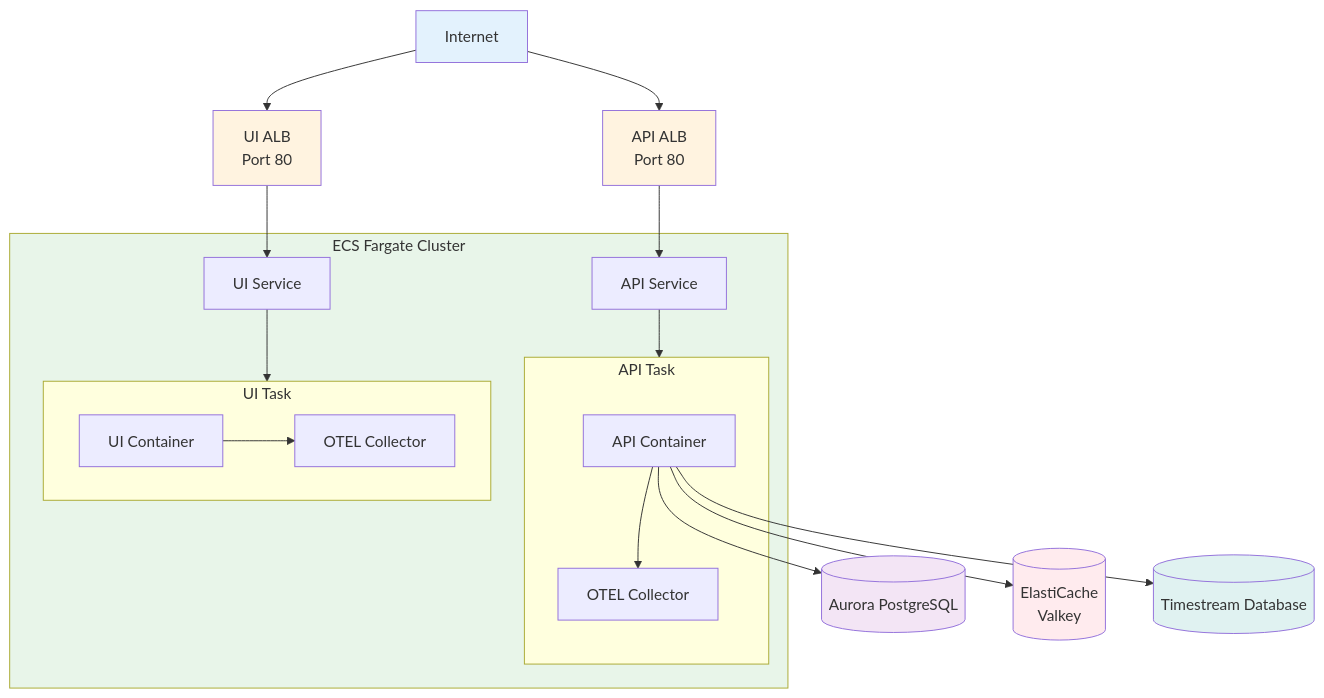
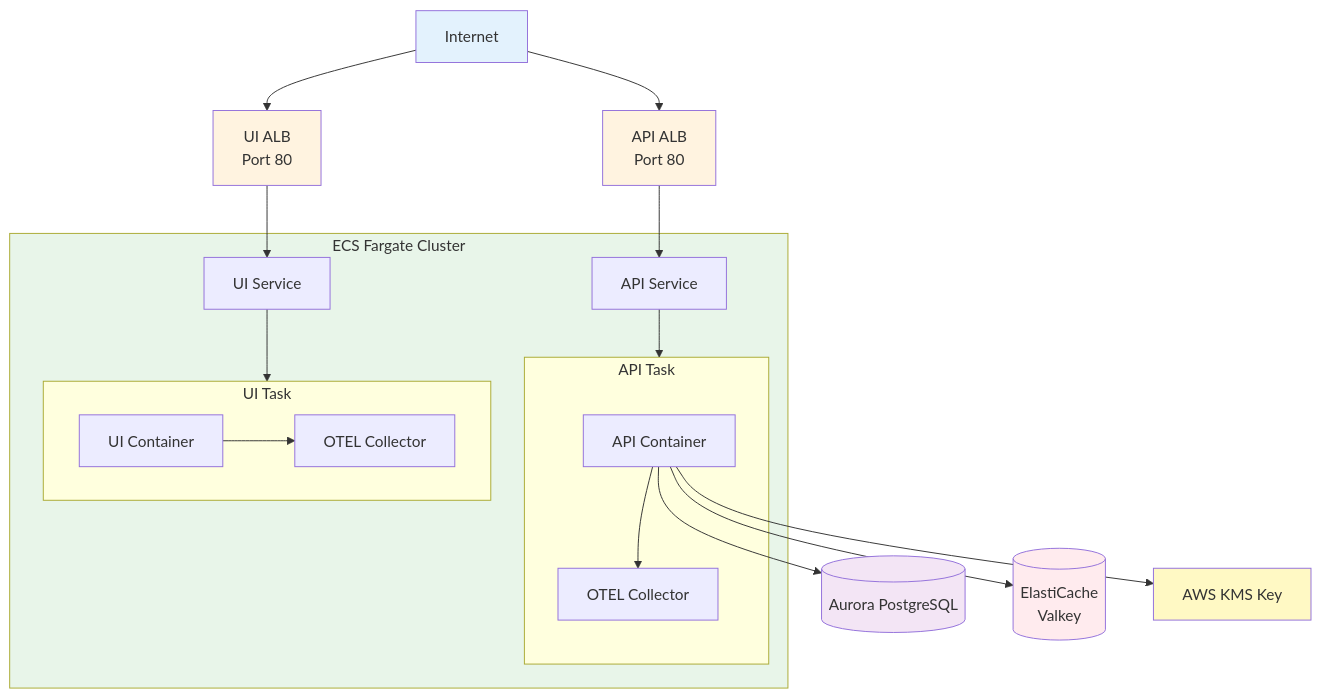
One commit to vm-x-ai/vm-x-ai changed the diagram in docs/docs/deployment/aws-ecs.md. Above: the diagram before and after it, drawn with Mermaid. The commit also changed other lines of this file and 687 other files, not shown here.

````diff
--- a/docs/docs/deployment/aws-ecs.md
+++ b/docs/docs/deployment/aws-ecs.md
@@ -111,45 +116,45 @@
 ```mermaid
 graph TB
     Internet[Internet]
     API_ALB[API ALB<br/>Port 80]
     UI_ALB[UI ALB<br/>Port 80]
 
     subgraph ECS["ECS Fargate Cluster"]
         API_Service[API Service]
         UI_Service[UI Service]
 
         subgraph API_Task["API Task"]
             API_Container[API Container]
             API_OTEL[OTEL Collector]
         end
 
         subgraph UI_Task["UI Task"]
             UI_Container[UI Container]
             UI_OTEL[OTEL Collector]
         end
     end
 
     Aurora[(Aurora PostgreSQL)]
     ElastiCache[(ElastiCache<br/>Valkey)]
-    Timestream[(Timestream Database)]
+    KMS[AWS KMS Key]
 
     Internet --> API_ALB
     Internet --> UI_ALB
     API_ALB --> API_Service
     UI_ALB --> UI_Service
     API_Service --> API_Task
     UI_Service --> UI_Task
     API_Container --> API_OTEL
     UI_Container --> UI_OTEL
     API_Container --> Aurora
     API_Container --> ElastiCache
-    API_Container --> Timestream
+    API_Container --> KMS
 
     style Internet fill:#e3f2fd
     style API_ALB fill:#fff3e0
     style UI_ALB fill:#fff3e0
     style ECS fill:#e8f5e9
     style Aurora fill:#f3e5f5
     style ElastiCache fill:#ffebee
-    style Timestream fill:#e0f2f1
+    style KMS fill:#fff9c4
 ```
````
